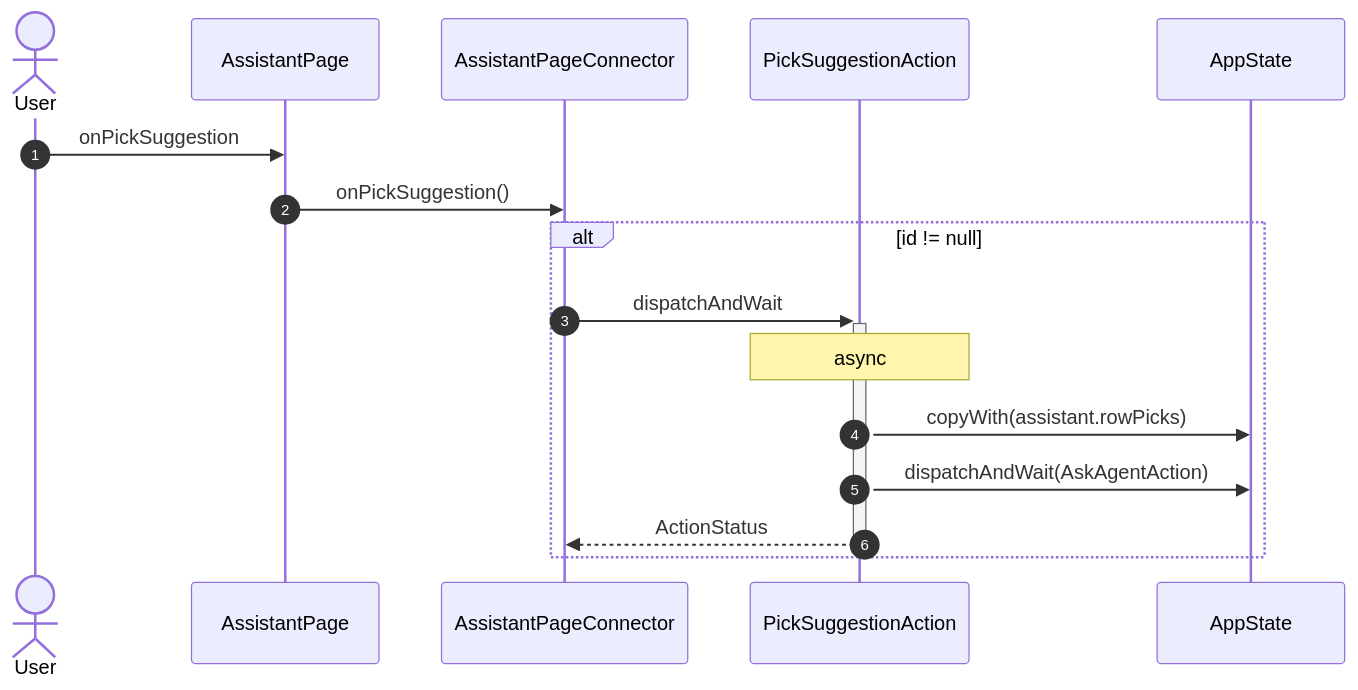
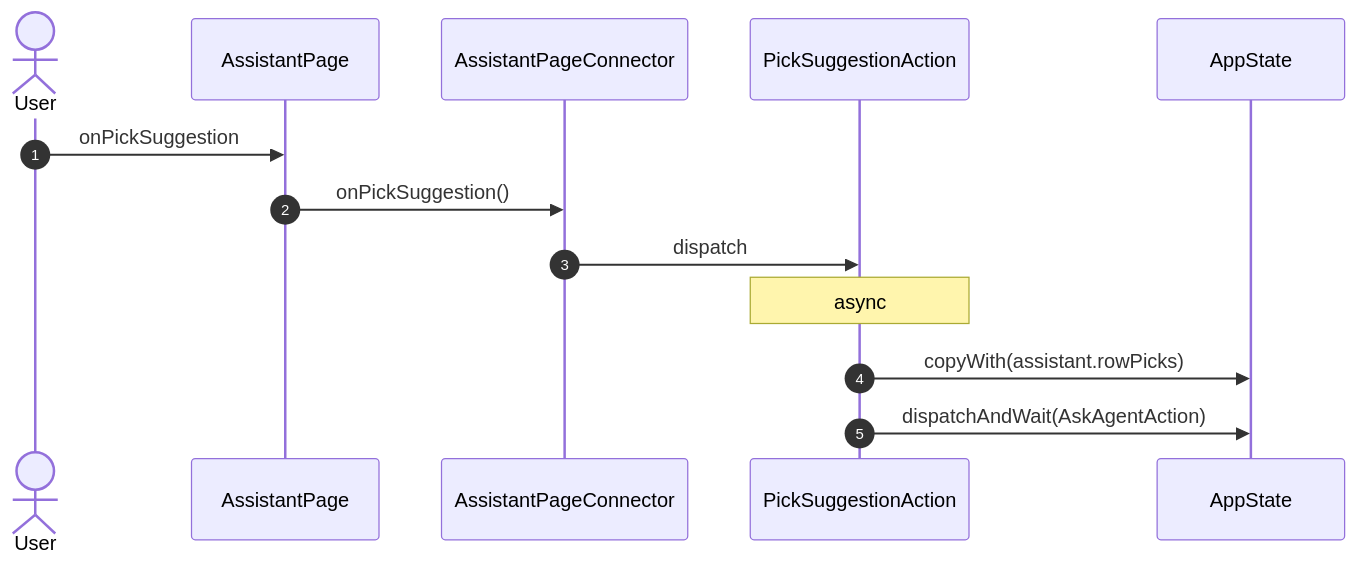
One commit to gencto/wyrm changed the fourth of 23 diagrams in studio/docs/flows/assistant.md. Above: the diagram before and after it, drawn with Mermaid. The commit also changed other lines of this file and 94 other files, not shown here.

First line of the commit message:
studio: assistant: typed wire, words in ui, one action per intent

````diff
--- a/studio/docs/flows/assistant.md
+++ b/studio/docs/flows/assistant.md
@@ -70,19 +65,16 @@
 ```mermaid
 sequenceDiagram
     autonumber
     actor User
     participant UI as AssistantPage
     participant VM as AssistantPageConnector
     participant A1 as PickSuggestionAction
     participant ST as AppState
 
     User->>UI: onPickSuggestion
     UI->>VM: onPickSuggestion()
-    alt id != null
-        VM->>+A1: dispatchAndWait
-        Note over A1: async
-        A1->>ST: copyWith(assistant.rowPicks)
-        A1->>ST: dispatchAndWait(AskAgentAction)
-        A1-->>-VM: ActionStatus
-    end
+    VM->>A1: dispatch
+    Note over A1: async
+    A1->>ST: copyWith(assistant.rowPicks)
+    A1->>ST: dispatchAndWait(AskAgentAction)
 ```
````
